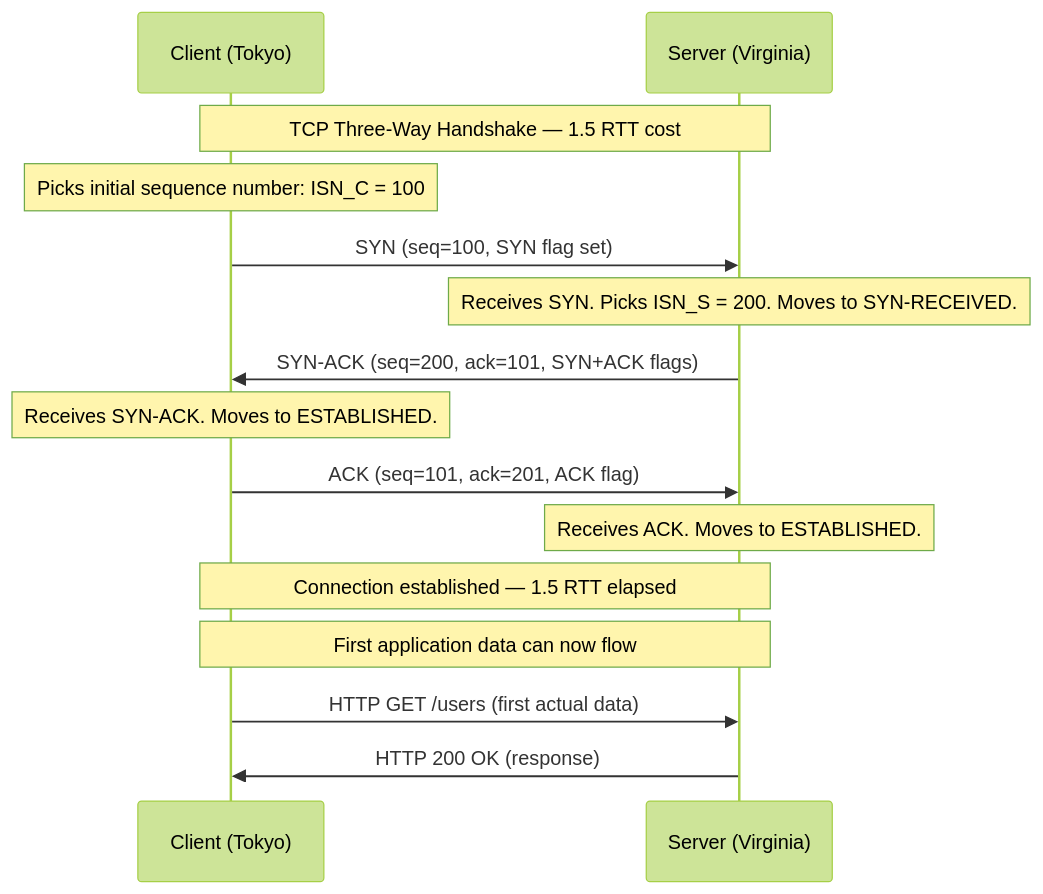
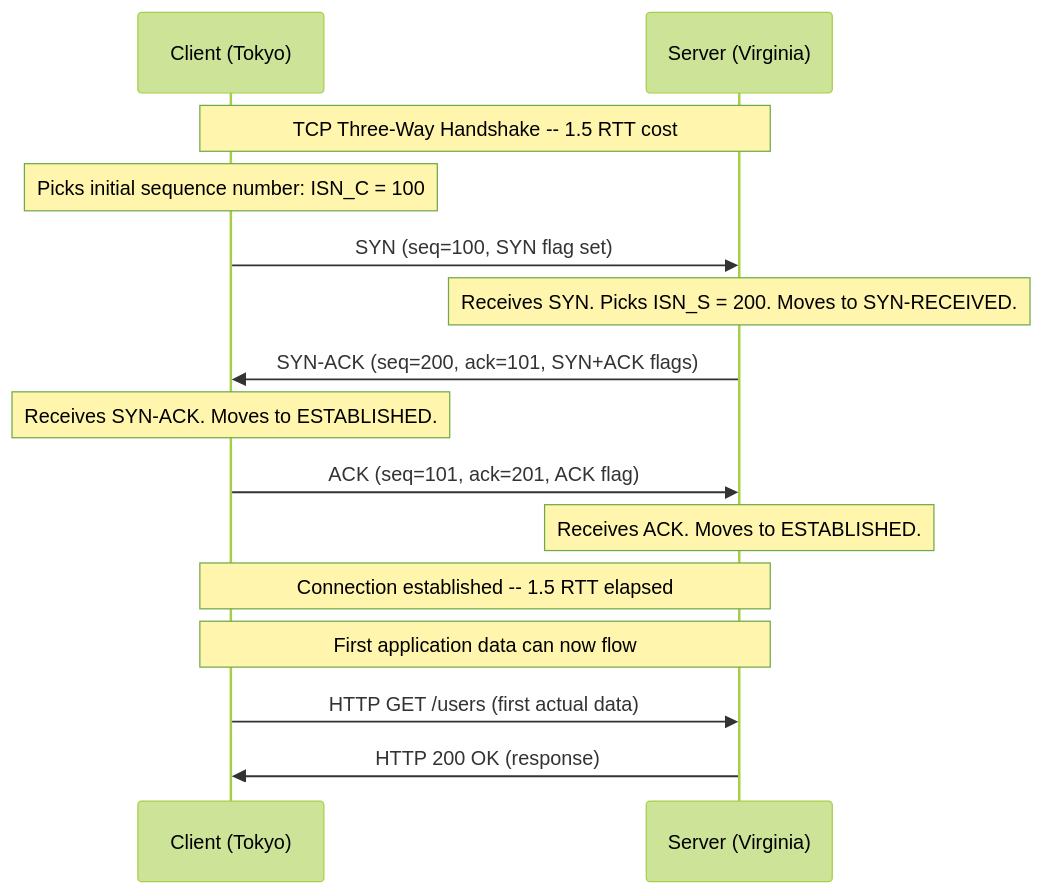
One commit to ranjeetnegi/System-Design-for-Staff-SWE changed the third of 13 diagrams in Section0/Chapter_4_Networking_Foundations.md. Above: the diagram before and after it, drawn with Mermaid (forest theme). The commit also changed other lines of this file and 11 other files, not shown here.

````diff
--- a/Section0/Chapter_4_Networking_Foundations.md
+++ b/Section0/Chapter_4_Networking_Foundations.md
@@ -190,20 +190,20 @@
 ```mermaid
 sequenceDiagram
     participant C as Client (Tokyo)
     participant S as Server (Virginia)
-    Note over C,S: TCP Three-Way Handshake — 1.5 RTT cost
+    Note over C,S: TCP Three-Way Handshake -- 1.5 RTT cost
     
     Note over C: Picks initial sequence number: ISN_C = 100
     C->>S: SYN (seq=100, SYN flag set)
     Note over S: Receives SYN. Picks ISN_S = 200. Moves to SYN-RECEIVED.
     S->>C: SYN-ACK (seq=200, ack=101, SYN+ACK flags)
     Note over C: Receives SYN-ACK. Moves to ESTABLISHED.
     C->>S: ACK (seq=101, ack=201, ACK flag)
     Note over S: Receives ACK. Moves to ESTABLISHED.
     
-    Note over C,S: Connection established — 1.5 RTT elapsed
+    Note over C,S: Connection established -- 1.5 RTT elapsed
     Note over C,S: First application data can now flow
     
     C->>S: HTTP GET /users (first actual data)
     S->>C: HTTP 200 OK (response)
 ```
````
